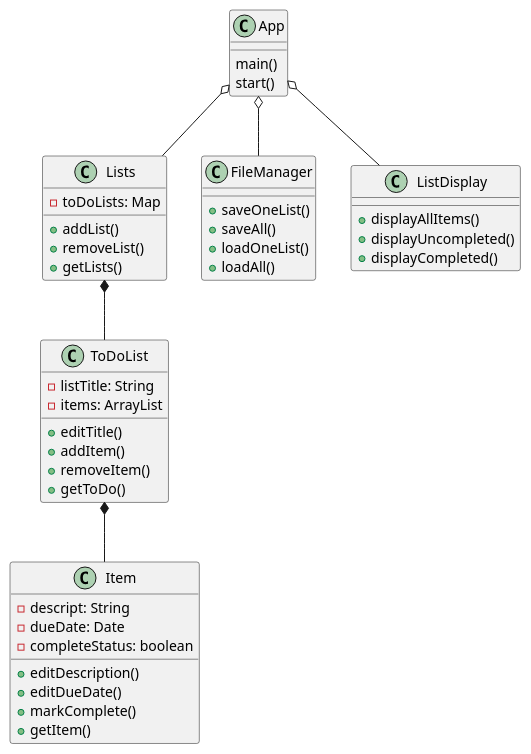
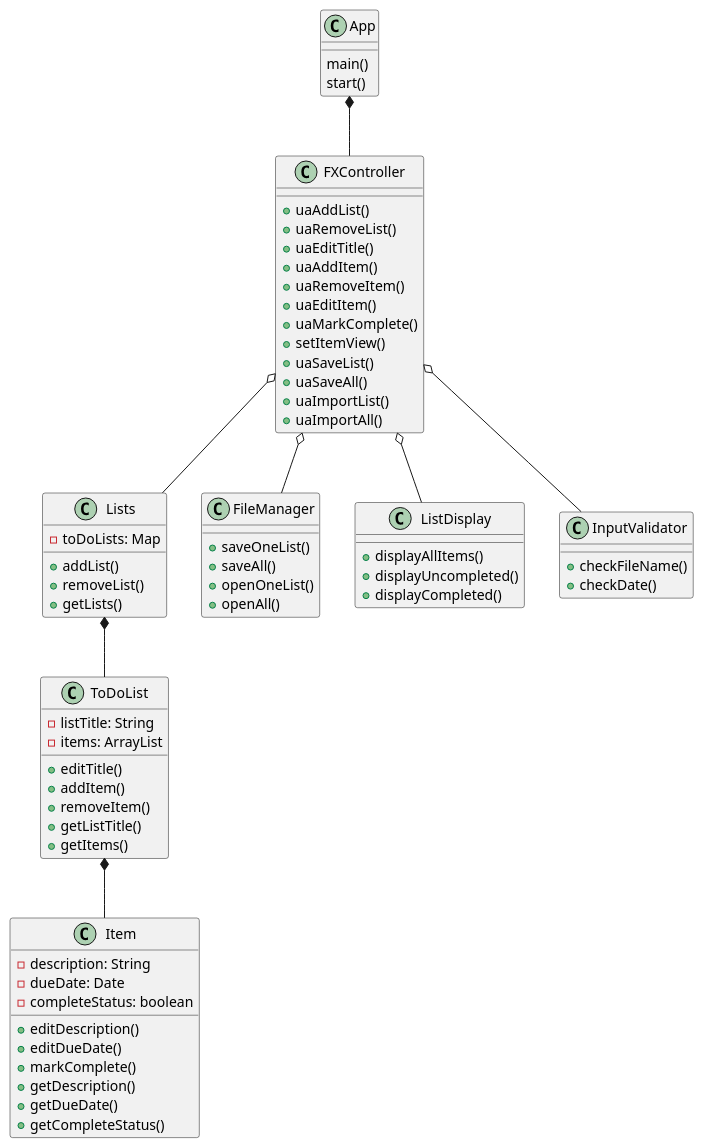
The diagram in uml/ToDoList.puml (kingraham228/Ingraham-cop3330-assignment4), drawn with PlantUML before and after one commit. The commit also changed 11 other files, not shown here.

```diff
--- a/uml/ToDoList.puml
+++ b/uml/ToDoList.puml
@@ -1,52 +1,78 @@
 @startuml
 class Item{
--descript: String
+-description: String
 -dueDate: Date
 -completeStatus: boolean
 +editDescription()
 +editDueDate()
 +markComplete()
-+getItem()
++getDescription()
++getDueDate()
++getCompleteStatus()
 }
 
 class ToDoList{
 -listTitle: String
 -items: ArrayList
 +editTitle()
 +addItem()
 +removeItem()
-+getToDo()
++getListTitle()
++getItems()
 }
 
 class Lists{
 -toDoLists: Map
 +addList()
 +removeList()
 +getLists()
 }
 
 class FileManager{
 +saveOneList()
 +saveAll()
-+loadOneList()
-+loadAll()
++openOneList()
++openAll()
 }
 
 class ListDisplay{
 +displayAllItems()
 +displayUncompleted()
 +displayCompleted()
 }
 
+class FXController{
++uaAddList()
++uaRemoveList()
++uaEditTitle()
++uaAddItem()
++uaRemoveItem()
++uaEditItem()
++uaMarkComplete()
++setItemView()
++uaSaveList()
++uaSaveAll()
++uaImportList()
++uaImportAll()
+}
+
 class App{
 main()
 start()
 }
 
+class InputValidator{
++checkFileName()
++checkDate()
+}
 
-App o-- Lists
-App o-- ListDisplay
-App o-- FileManager
+
+
+App *-- FXController
+FXController o-- Lists
+FXController o-- ListDisplay
+FXController o-- FileManager
+FXController o-- InputValidator
 Lists *-- ToDoList
 ToDoList *-- Item
 @enduml
```
